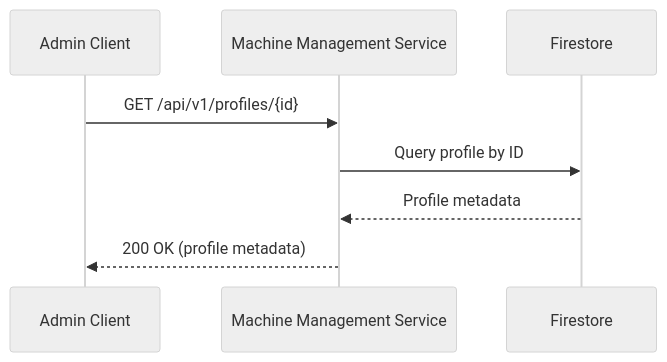
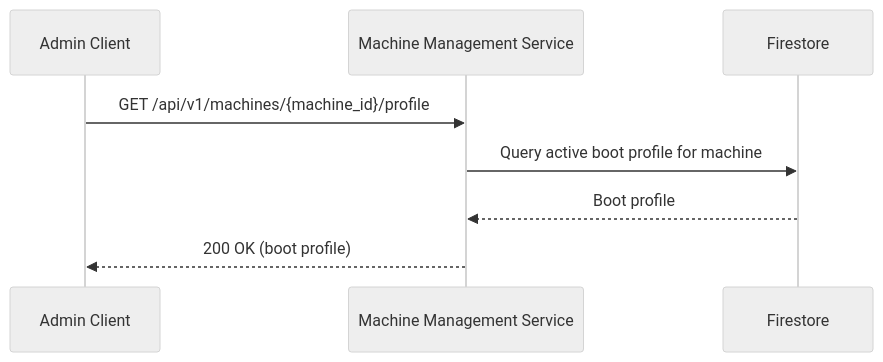
One commit to Zaba505/infra changed the second of 11 diagrams in docs/content/r&d/services/machine-mgmt/api.md. Above: the diagram before and after it, drawn with Mermaid (neutral theme). The commit also changed other lines of this file and 1 other file, not shown here.

````diff
--- a/docs/content/r&d/services/machine-mgmt/api.md
+++ b/docs/content/r&d/services/machine-mgmt/api.md
@@ -187,11 +136,11 @@
 ```mermaid
 sequenceDiagram
     participant Client as Admin Client
     participant API as Machine Management Service
     participant DB as Firestore
     
-    Client->>API: GET /api/v1/profiles/{id}
-    API->>DB: Query profile by ID
-    DB-->>API: Profile metadata
-    API-->>Client: 200 OK (profile metadata)
+    Client->>API: GET /api/v1/machines/{machine_id}/profile
+    API->>DB: Query active boot profile for machine
+    DB-->>API: Boot profile
+    API-->>Client: 200 OK (boot profile)
 ```
````
